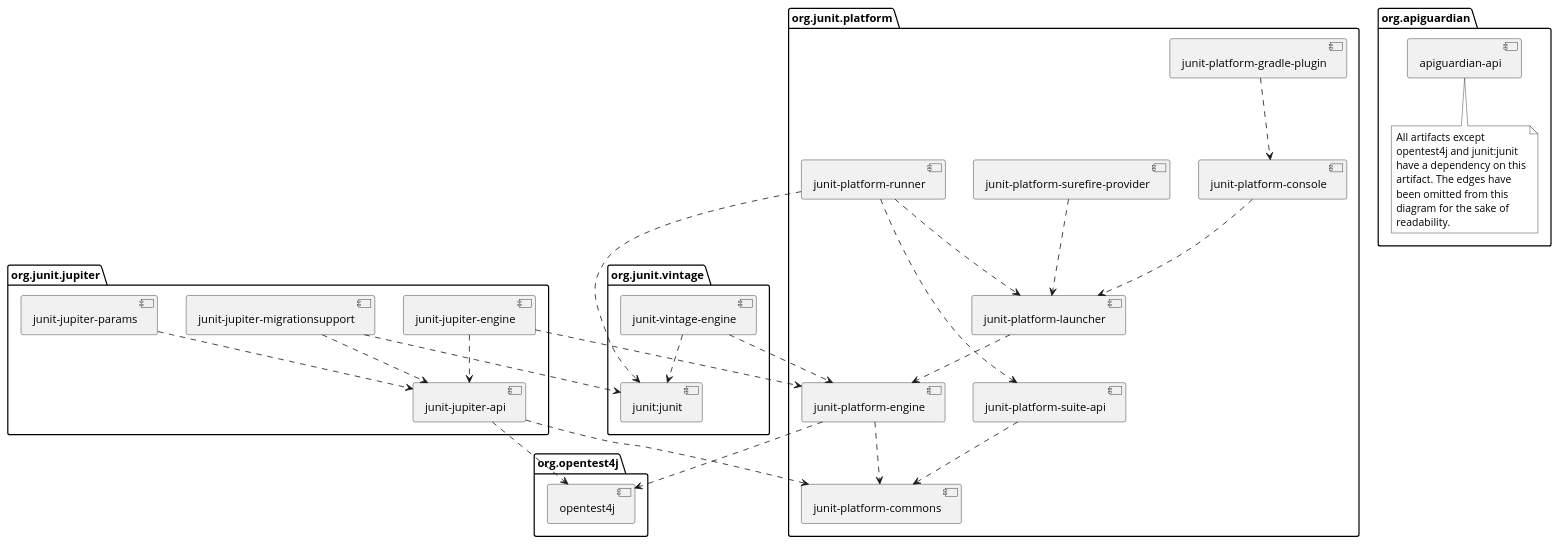
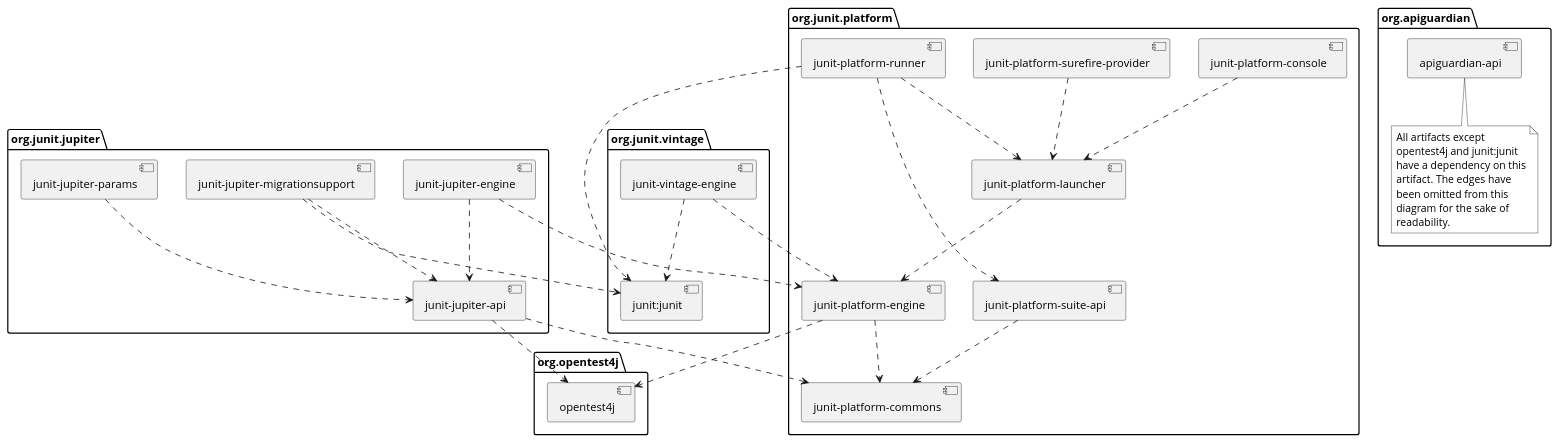
One commit to junit-team/junit5 changed the diagram in documentation/src/docs/asciidoc/user-guide/overview.adoc. Above: the diagram before and after it, drawn with PlantUML. The commit also changed other lines of this file and 4 other files, not shown here.

First line of the commit message:
Remove junit-platform-gradle-plugin from documentation and readme

```diff
--- a/documentation/src/docs/asciidoc/user-guide/overview.adoc
+++ b/documentation/src/docs/asciidoc/user-guide/overview.adoc
@@ -157,76 +154,73 @@
 [plantuml, component-diagram, svg]
 ----
 skinparam {
     defaultFontName Open Sans
 }
 
 package org.junit.jupiter {
     [junit-jupiter-api] as jupiter_api
     [junit-jupiter-engine] as jupiter_engine
     [junit-jupiter-params] as jupiter_params
     [junit-jupiter-migrationsupport] as jupiter_migration_support
 }
 
 package org.junit.vintage {
     [junit-vintage-engine] as vintage_engine
     [junit:junit] as junit4
 }
 
 package org.junit.platform {
     [junit-platform-commons] as commons
     [junit-platform-console] as console
     [junit-platform-engine] as engine
-    [junit-platform-gradle-plugin] as gradle
     [junit-platform-launcher] as launcher
     [junit-platform-runner] as runner
     [junit-platform-suite-api] as suite_api
     [junit-platform-surefire-provider] as surefire
 }
 
 package org.opentest4j {
     [opentest4j]
 }
 
 package org.apiguardian {
     [apiguardian-api] as apiguardian
     note bottom of apiguardian #white
         All artifacts except
         opentest4j and junit:junit
         have a dependency on this
         artifact. The edges have
         been omitted from this
         diagram for the sake of
         readability.
     endnote
 }
 
 jupiter_api ..> opentest4j
 jupiter_api ..> commons
 
 jupiter_engine ..> engine
 jupiter_engine ..> jupiter_api
 
 jupiter_params ..> jupiter_api
 jupiter_migration_support ..> jupiter_api
 jupiter_migration_support ..> junit4
 
 console ..> launcher
 
-gradle ..> console
-
 launcher ..> engine
 
 engine ..> opentest4j
 engine ..> commons
 
 runner ..> launcher
 runner ..> suite_api
 runner ..> junit4
 
 suite_api ..> commons
 
 surefire ..> launcher
 
 vintage_engine ..> engine
 vintage_engine ..> junit4
 ----
```
